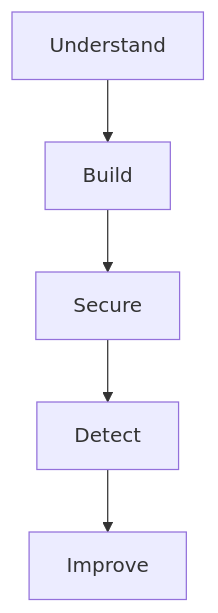
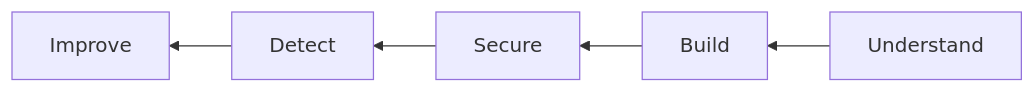
Before and after one commit to lxrider/saas-security-lab: the diagram in README.md, drawn with Mermaid.

Commit message:
Change flowchart direction from TD to RL

````diff
--- a/README.md
+++ b/README.md
@@ -51,7 +51,7 @@
 ```mermaid
-flowchart TD
+flowchart RL
     A["Understand"] --> B["Build"]
     B --> C["Secure"]
     C --> D["Detect"]
     D --> E["Improve"]
 ```
````
